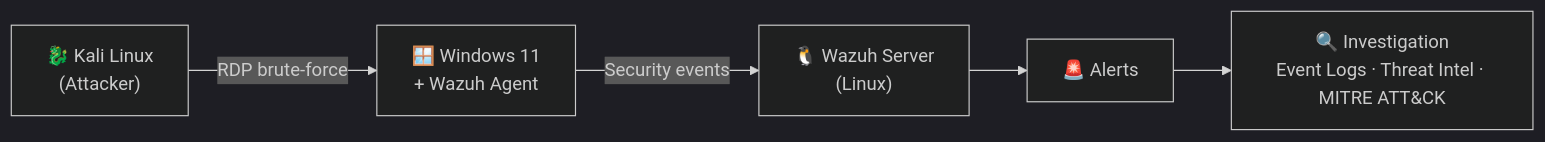
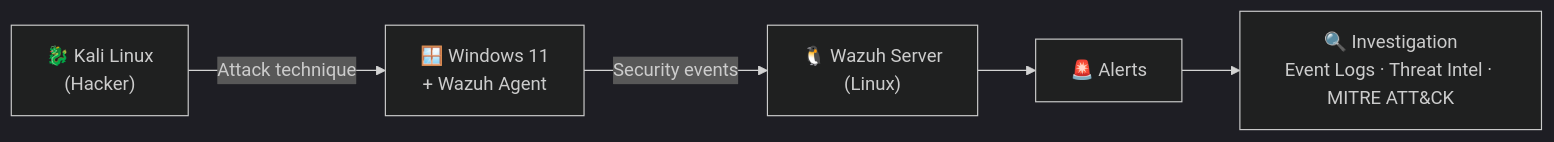
The diagram in README.md (SHADOOW38T/SHADOOW38T), drawn with Mermaid (dark theme) before and after one commit. The commit also changed other lines of this file, not shown here.

````diff
--- a/README.md
+++ b/README.md
@@ -70,7 +70,7 @@
 ```mermaid
 flowchart LR
-    A["🐉 Kali Linux<br/>(Attacker)"] -- "RDP brute-force" --> B["🪟 Windows 11<br/>+ Wazuh Agent"]
+    A["🐉 Kali Linux<br/>(Hacker)"] -- "Attack technique" --> B["🪟 Windows 11<br/>+ Wazuh Agent"]
     B -- "Security events" --> C["🐧 Wazuh Server<br/>(Linux)"]
     C --> D["🚨 Alerts"]
     D --> E["🔍 Investigation<br/>Event Logs · Threat Intel · MITRE ATT&CK"]
 ```
````
